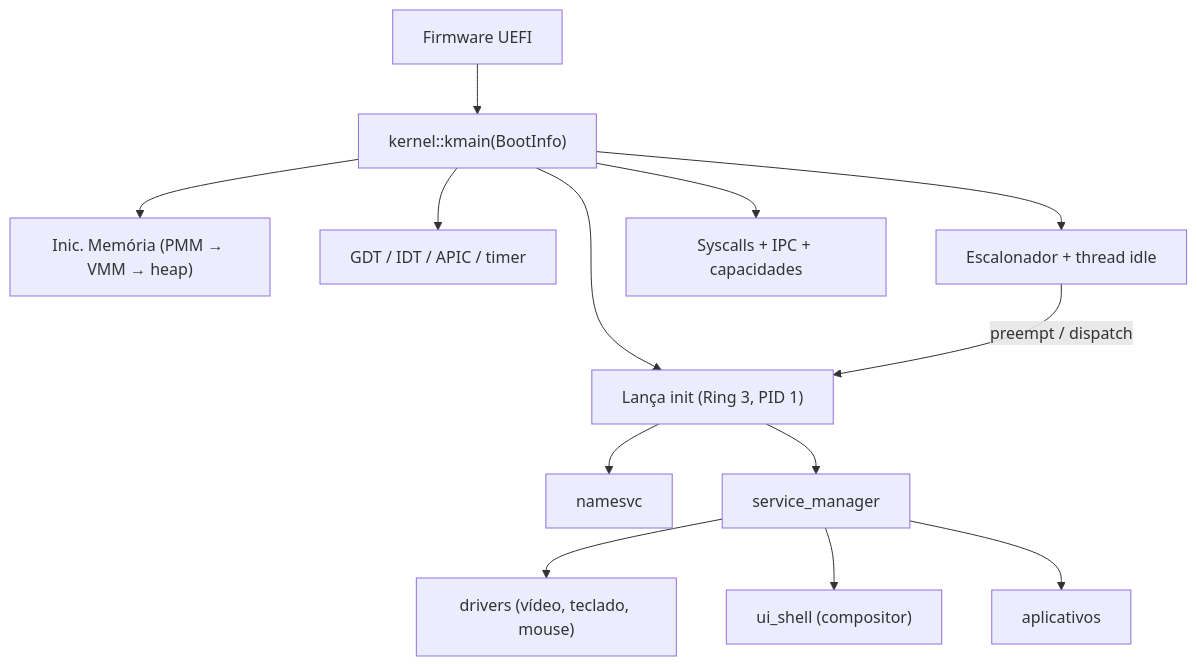
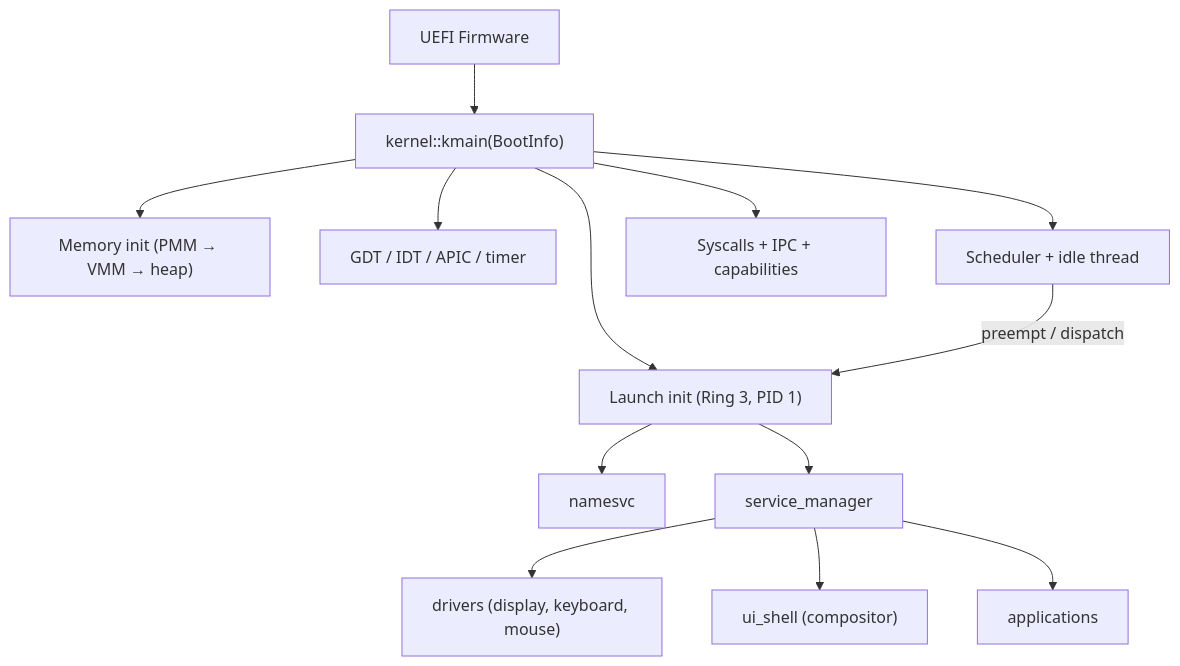
Before and after one commit to fpedrolucas95/Atom: the first of 2 diagrams in README-PTBR.md, drawn with Mermaid. The commit also changed other lines of this file, not shown here.

````diff
--- a/README-PTBR.md
+++ b/README-PTBR.md
@@ -91,15 +96,15 @@
 ```mermaid
 flowchart TB
-    UEFI["Firmware UEFI"] --> KMAIN["kernel::kmain(BootInfo)"]
-    KMAIN --> MM["Inic. Memória (PMM → VMM → heap)"]
+    UEFI["UEFI Firmware"] --> KMAIN["kernel::kmain(BootInfo)"]
+    KMAIN --> MM["Memory init (PMM → VMM → heap)"]
     KMAIN --> CPU["GDT / IDT / APIC / timer"]
-    KMAIN --> SCHED["Escalonador + thread idle"]
-    KMAIN --> ABI["Syscalls + IPC + capacidades"]
-    KMAIN --> INIT["Lança init (Ring 3, PID 1)"]
+    KMAIN --> SCHED["Scheduler + idle thread"]
+    KMAIN --> ABI["Syscalls + IPC + capabilities"]
+    KMAIN --> INIT["Launch init (Ring 3, PID 1)"]
     INIT --> NS["namesvc"]
     INIT --> SM["service_manager"]
-    SM --> DRV["drivers (vídeo, teclado, mouse)"]
+    SM --> DRV["drivers (display, keyboard, mouse)"]
     SM --> UI["ui_shell (compositor)"]
-    SM --> APPS["aplicativos"]
+    SM --> APPS["applications"]
     SCHED -->|"preempt / dispatch"| INIT
 ```
````
